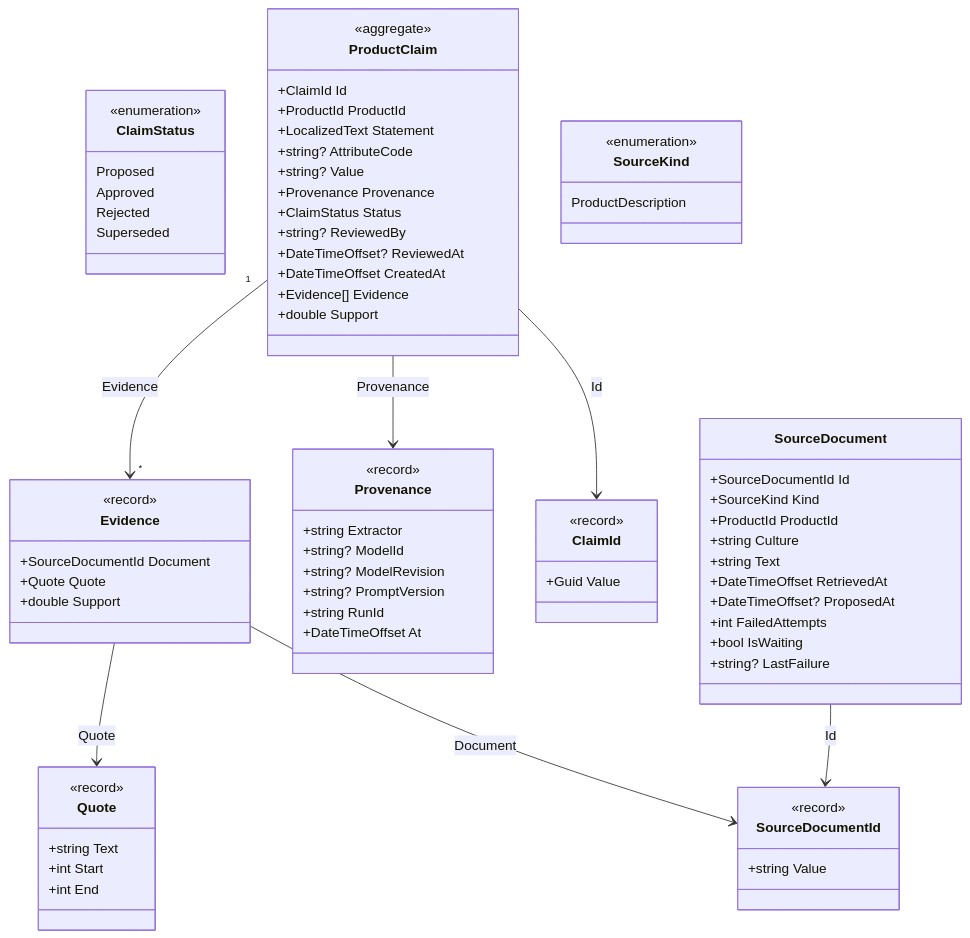
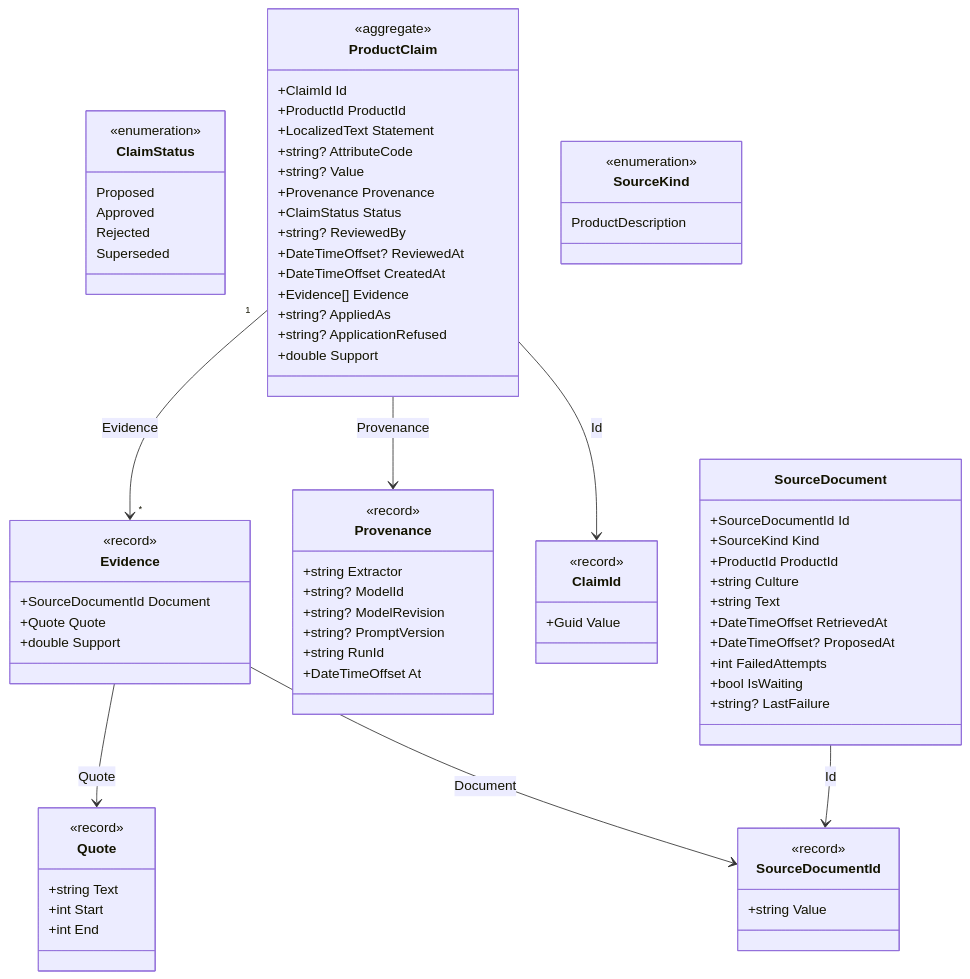
One commit to juanluelguerre/tendero changed the tenth of 11 diagrams in docs/domain-model.md. Above: the diagram before and after it, drawn with Mermaid. The commit also changed other lines of this file and 60 other files, not shown here.

````diff
--- a/docs/domain-model.md
+++ b/docs/domain-model.md
@@ -657,76 +658,78 @@
 ```mermaid
 classDiagram
     class ClaimId {
         <<record>>
         +Guid Value
     }
     class ClaimStatus {
         <<enumeration>>
         Proposed
         Approved
         Rejected
         Superseded
     }
     class Evidence {
         <<record>>
         +SourceDocumentId Document
         +Quote Quote
         +double Support
     }
     class ProductClaim {
         <<aggregate>>
         +ClaimId Id
         +ProductId ProductId
         +LocalizedText Statement
         +string? AttributeCode
         +string? Value
         +Provenance Provenance
         +ClaimStatus Status
         +string? ReviewedBy
         +DateTimeOffset? ReviewedAt
         +DateTimeOffset CreatedAt
         +Evidence[] Evidence
+        +string? AppliedAs
+        +string? ApplicationRefused
         +double Support
     }
     class Provenance {
         <<record>>
         +string Extractor
         +string? ModelId
         +string? ModelRevision
         +string? PromptVersion
         +string RunId
         +DateTimeOffset At
     }
     class Quote {
         <<record>>
         +string Text
         +int Start
         +int End
     }
     class SourceDocument {
         +SourceDocumentId Id
         +SourceKind Kind
         +ProductId ProductId
         +string Culture
         +string Text
         +DateTimeOffset RetrievedAt
         +DateTimeOffset? ProposedAt
         +int FailedAttempts
         +bool IsWaiting
         +string? LastFailure
     }
     class SourceDocumentId {
         <<record>>
         +string Value
     }
     class SourceKind {
         <<enumeration>>
         ProductDescription
     }
     Evidence --> SourceDocumentId : Document
     Evidence --> Quote : Quote
     ProductClaim --> ClaimId : Id
     ProductClaim --> Provenance : Provenance
     ProductClaim "1" --> "*" Evidence : Evidence
     SourceDocument --> SourceDocumentId : Id
 ```
````
